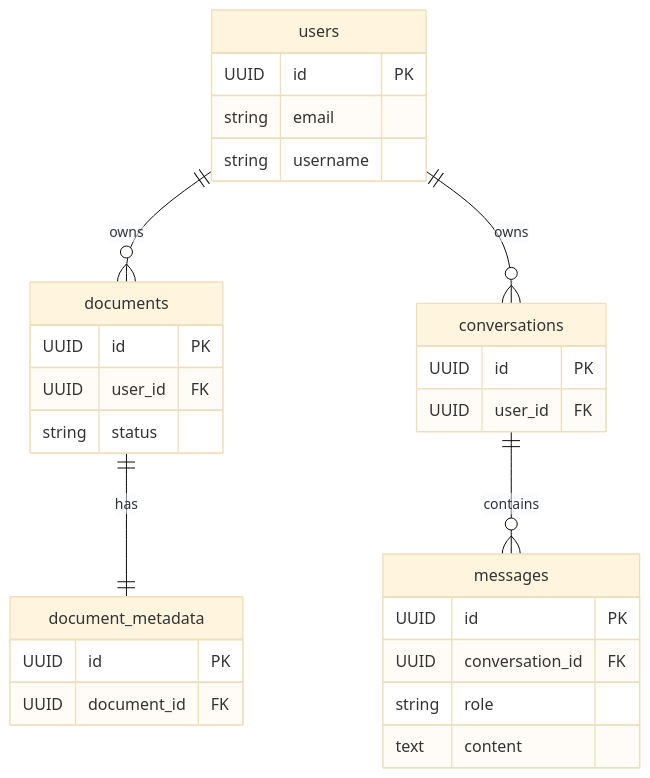
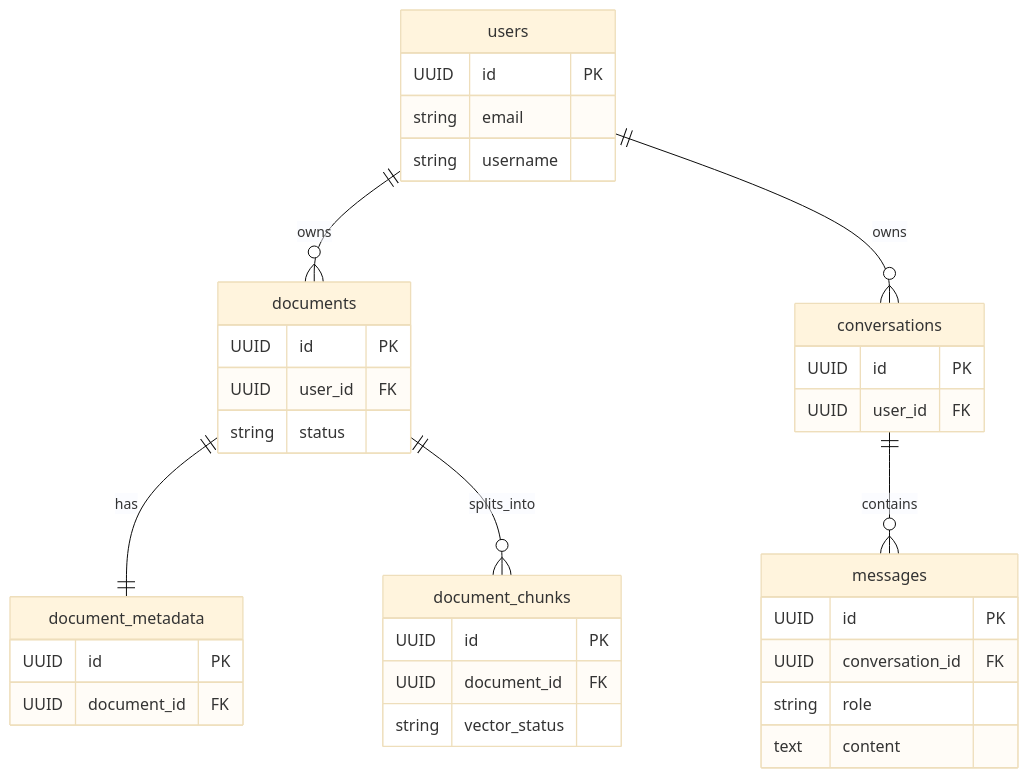
The diagram in docs/03_DATABASE_DESIGN.md (hassanyass/Hybrid-GraphRAG-AskMe), drawn with Mermaid (base theme) before and after one commit. The commit also changed other lines of this file and 14 other files, not shown here.

````diff
--- a/docs/03_DATABASE_DESIGN.md
+++ b/docs/03_DATABASE_DESIGN.md
@@ -139,32 +157,38 @@
 ```mermaid
 erDiagram
     users ||--o{ documents : owns
     users ||--o{ conversations : owns
     documents ||--|| document_metadata : has
+    documents ||--o{ document_chunks : splits_into
     conversations ||--o{ messages : contains
 
     users {
         UUID id PK
         string email
         string username
     }
     documents {
         UUID id PK
         UUID user_id FK
         string status
     }
     document_metadata {
         UUID id PK
         UUID document_id FK
     }
+    document_chunks {
+        UUID id PK
+        UUID document_id FK
+        string vector_status
+    }
     conversations {
         UUID id PK
         UUID user_id FK
     }
     messages {
         UUID id PK
         UUID conversation_id FK
         string role
         text content
     }
 ```
````
